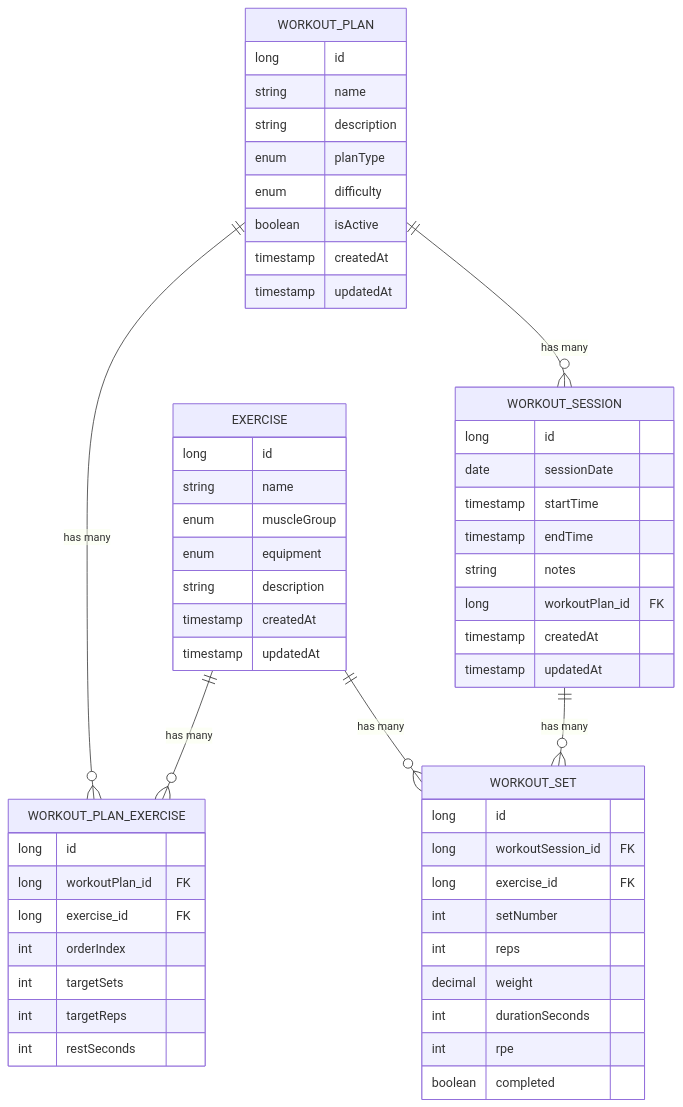
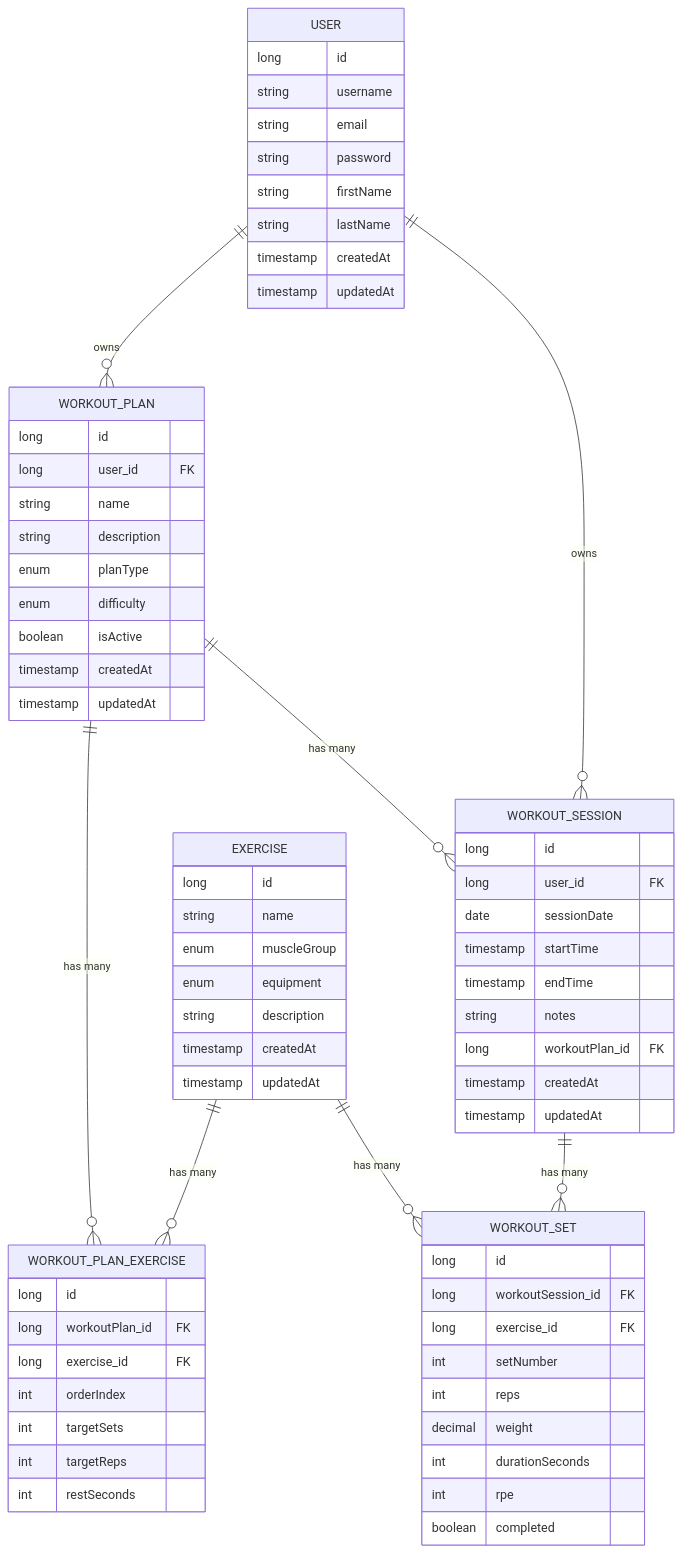
The diagram in SCHEMA.md (Teo9234/workout-app), drawn with Mermaid before and after one commit. The commit also changed other lines of this file and 4 other files, not shown here.

Commit message:
feat: add WorkoutPlan model and repository, update schema with User entity

````diff
--- a/SCHEMA.md
+++ b/SCHEMA.md
@@ -5,62 +5,77 @@
 ```mermaid
 erDiagram
+    USER ||--o{ WORKOUT_PLAN : "owns"
+    USER ||--o{ WORKOUT_SESSION : "owns"
     EXERCISE ||--o{ WORKOUT_PLAN_EXERCISE : "has many"
     WORKOUT_PLAN ||--o{ WORKOUT_PLAN_EXERCISE : "has many"
     WORKOUT_PLAN ||--o{ WORKOUT_SESSION : "has many"
     WORKOUT_SESSION ||--o{ WORKOUT_SET : "has many"
     EXERCISE ||--o{ WORKOUT_SET : "has many"
+
+    USER {
+        long id
+        string username
+        string email
+        string password
+        string firstName
+        string lastName
+        timestamp createdAt
+        timestamp updatedAt
+    }
 
     EXERCISE {
         long id
         string name
         enum muscleGroup
         enum equipment
         string description
         timestamp createdAt
         timestamp updatedAt
     }
 
     WORKOUT_PLAN {
         long id
+        long user_id FK
         string name
         string description
         enum planType
         enum difficulty
         boolean isActive
         timestamp createdAt
         timestamp updatedAt
     }
 
     WORKOUT_PLAN_EXERCISE {
         long id
         long workoutPlan_id FK
         long exercise_id FK
         int orderIndex
         int targetSets
         int targetReps
         int restSeconds
     }
 
     WORKOUT_SESSION {
         long id
+        long user_id FK
         date sessionDate
         timestamp startTime
         timestamp endTime
         string notes
         long workoutPlan_id FK
         timestamp createdAt
         timestamp updatedAt
     }
 
     WORKOUT_SET {
         long id
         long workoutSession_id FK
         long exercise_id FK
         int setNumber
         int reps
         decimal weight
         int durationSeconds
         int rpe
         boolean completed
     }
 ```
````
